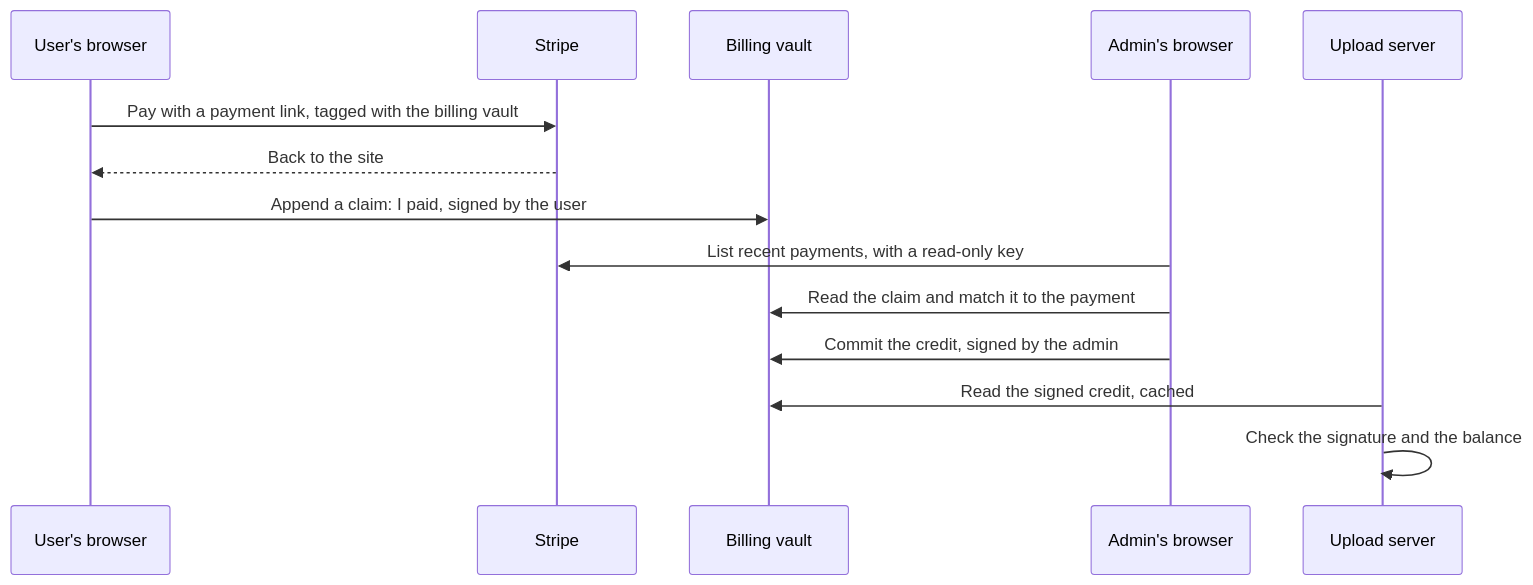
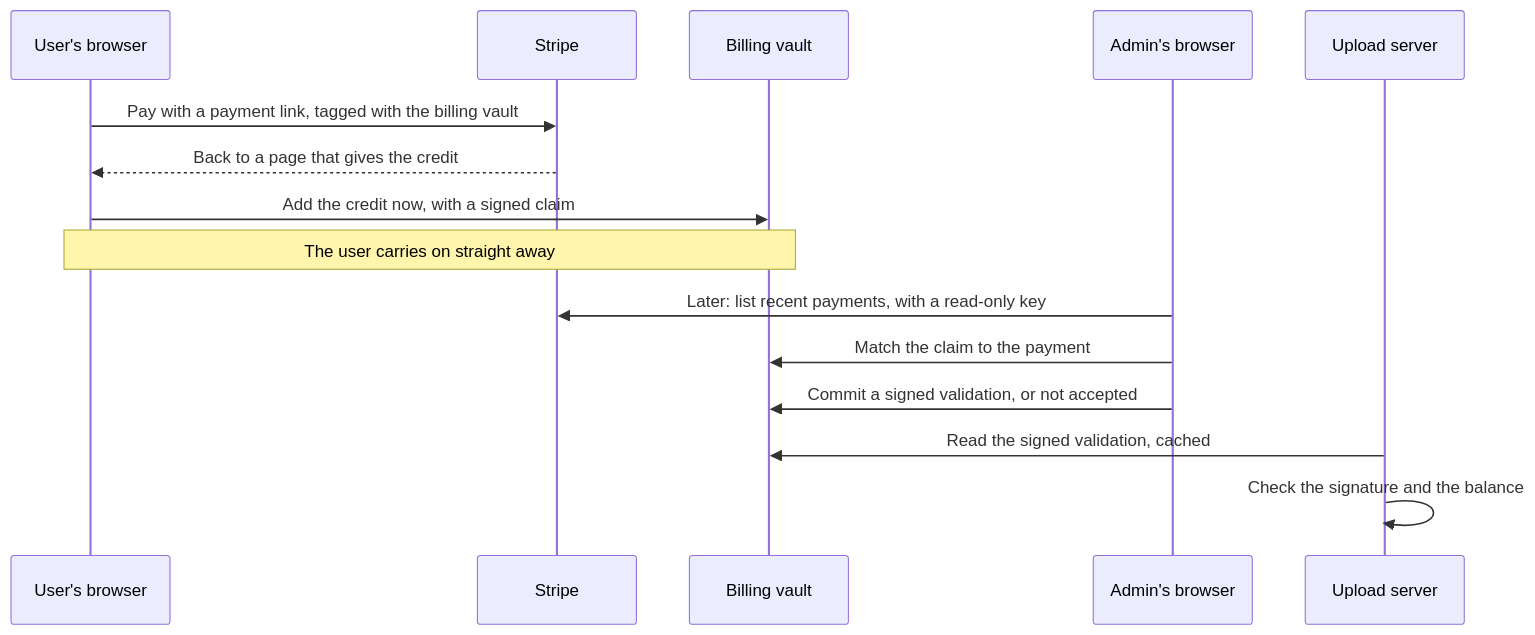
The second of 2 diagrams in admin/content/articles/the-user-keeps-the-meter.md (SGit-AI/SGit-AI__Website__Newsroom), drawn with Mermaid before and after one commit. The commit also changed other lines of this file and 1328 other files, not shown here.

First line of the commit message:
site v0.13.13: @newsroom.writer: credit now, validated later

````diff
--- a/admin/content/articles/the-user-keeps-the-meter.md
+++ b/admin/content/articles/the-user-keeps-the-meter.md
@@ -176,16 +199,17 @@
 ```mermaid
 sequenceDiagram
   participant U as User's browser
   participant S as Stripe
   participant B as Billing vault
   participant A as Admin's browser
   participant P as Upload server
   U->>S: Pay with a payment link, tagged with the billing vault
-  S-->>U: Back to the site
-  U->>B: Append a claim: I paid, signed by the user
-  A->>S: List recent payments, with a read-only key
-  A->>B: Read the claim and match it to the payment
-  A->>B: Commit the credit, signed by the admin
-  P->>B: Read the signed credit, cached
+  S-->>U: Back to a page that gives the credit
+  U->>B: Add the credit now, with a signed claim
+  Note over U,B: The user carries on straight away
+  A->>S: Later: list recent payments, with a read-only key
+  A->>B: Match the claim to the payment
+  A->>B: Commit a signed validation, or not accepted
+  P->>B: Read the signed validation, cached
   P->>P: Check the signature and the balance
 ```
````
